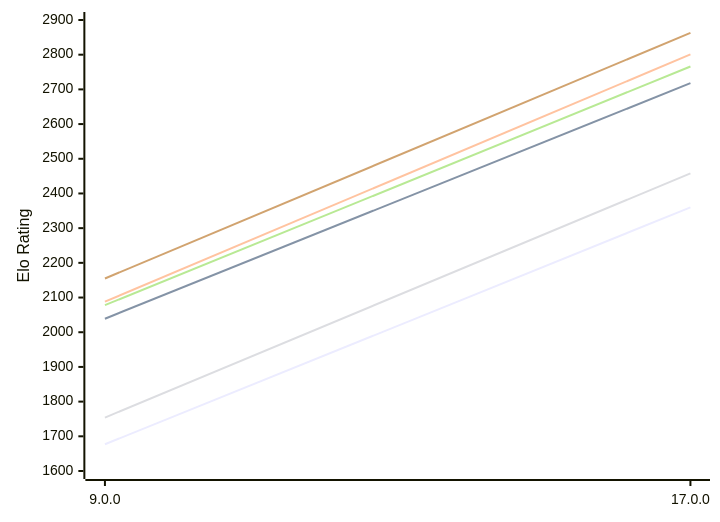
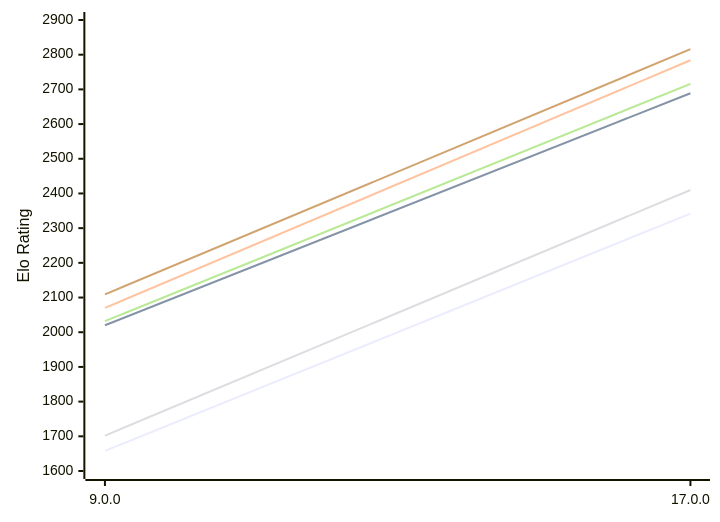
Before and after one commit to computer-chess-index/cci: the first of 2 diagrams in engines/Cepimetheus.md, drawn with Mermaid. The commit also changed other lines of this file, not shown here.

Commit message:
Update CCI Ratings (ELO VLTC) - 2026-11-08

````diff
--- a/engines/Cepimetheus.md
+++ b/engines/Cepimetheus.md
@@ -62,12 +62,12 @@
 ```mermaid
 %%{init: {"theme":"base","themeVariables":{"seriesColors:['#a3a3a3','#222221','#faa371']}}}%%
 xychart-beta
   x-axis ["9.0.0", "17.0.0"]
   y-axis "Elo Rating" 1600 --> 2900
-  line "E1: STC (8.0+0.08s)" [1677, 2360]
-  line "E1: LTC (60.0+0.60s)" [2039, 2718]
-  line "E1: VLTC (2m24s+1.12s)" [2088, 2801]
-  line "P1: STC (8.0+0.08s)" [1754, 2458]
-  line "P1: LTC (60.0+0.60s)" [2078, 2766]
-  line "P1: VLTC (2m24s+1.12s)" [2155, 2863]
+  line "E1: STC (8.0+0.08s)" [1658, 2342]
+  line "E1: LTC (60.0+0.60s)" [2020, 2689]
+  line "E1: VLTC (2m24s+1.12s)" [2070, 2784]
+  line "P1: STC (8.0+0.08s)" [1702, 2410]
+  line "P1: LTC (60.0+0.60s)" [2032, 2716]
+  line "P1: VLTC (2m24s+1.12s)" [2109, 2816]
 ```
````
